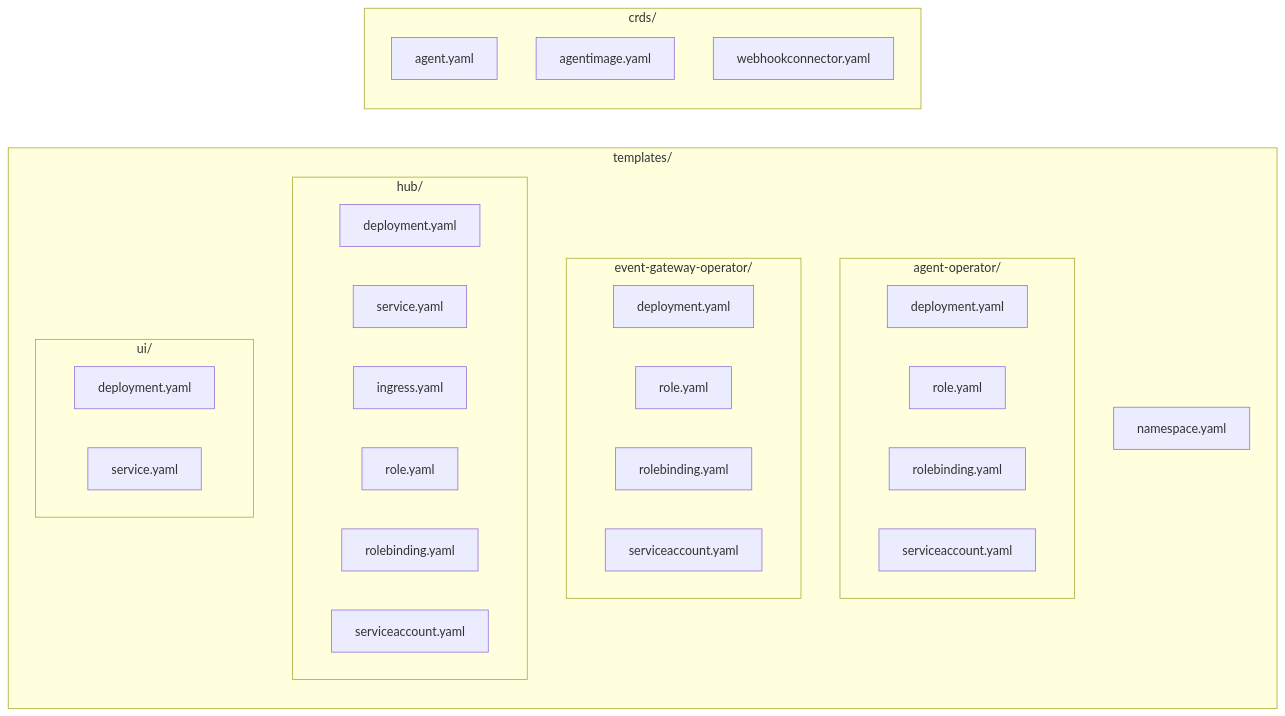
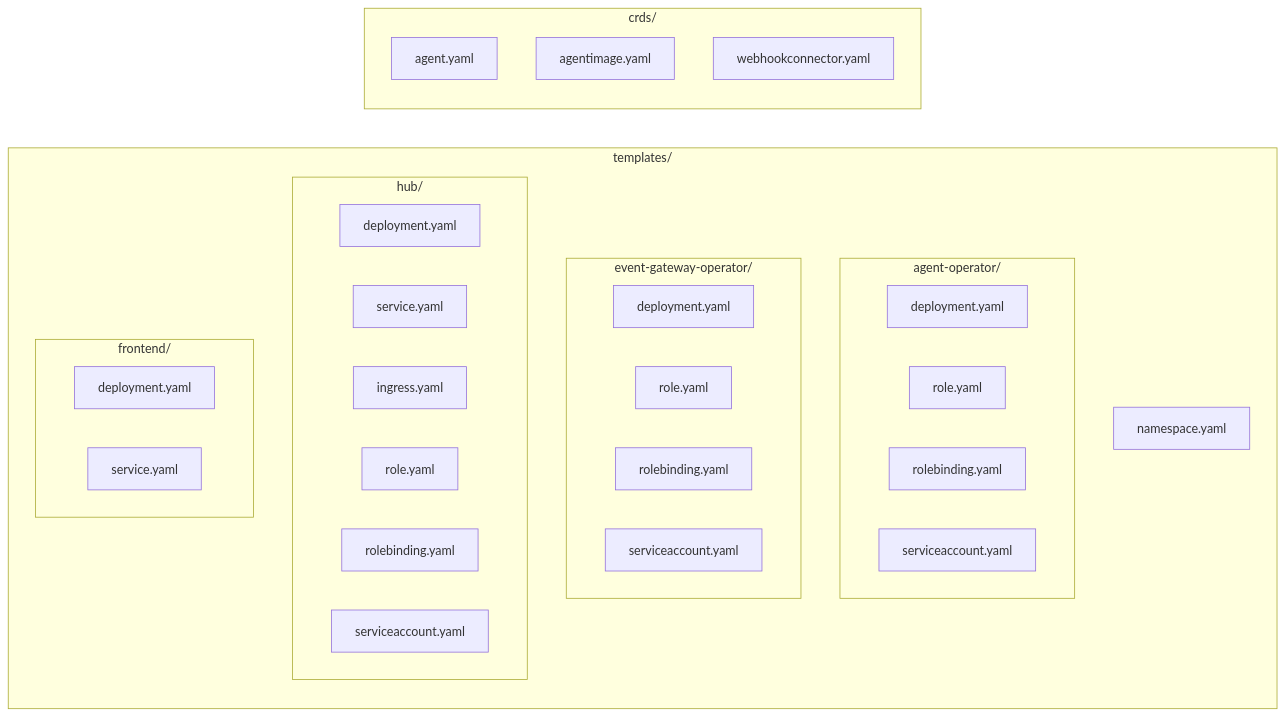
Before and after one commit to ainsel-project/ainsel: the second of 2 diagrams in chart/docs/architecture.md, drawn with Mermaid. The commit also changed 2 other files, not shown here.

Commit message:
docs(chart): drop the last stale ui references
The rename of the values key ui -> frontend left three behind: the
frontend ingress comment still named ui.basePath, the architecture
diagram still drew a ui/ template directory, and the GETTING_STARTED
pod listing rows were misaligned after the pod names changed.

Refs #273

````diff
--- a/chart/docs/architecture.md
+++ b/chart/docs/architecture.md
@@ -55,36 +55,36 @@
 ```mermaid
 graph LR
     subgraph templates/
         NS[namespace.yaml]
         subgraph agent-operator/
             AO_D[deployment.yaml]
             AO_R[role.yaml]
             AO_RB[rolebinding.yaml]
             AO_SA[serviceaccount.yaml]
         end
         subgraph event-gateway-operator/
             CO_D[deployment.yaml]
             CO_R[role.yaml]
             CO_RB[rolebinding.yaml]
             CO_SA[serviceaccount.yaml]
         end
         subgraph hub/
             H_D[deployment.yaml]
             H_S[service.yaml]
             H_I[ingress.yaml]
             H_R[role.yaml]
             H_RB[rolebinding.yaml]
             H_SA[serviceaccount.yaml]
         end
-        subgraph ui/
-            U_D[deployment.yaml]
-            U_S[service.yaml]
+        subgraph frontend/
+            F_D[deployment.yaml]
+            F_S[service.yaml]
         end
     end
 
     subgraph crds/
         CRD_A[agent.yaml]
         CRD_AI[agentimage.yaml]
         CRD_F[webhookconnector.yaml]
     end
 ```
````
